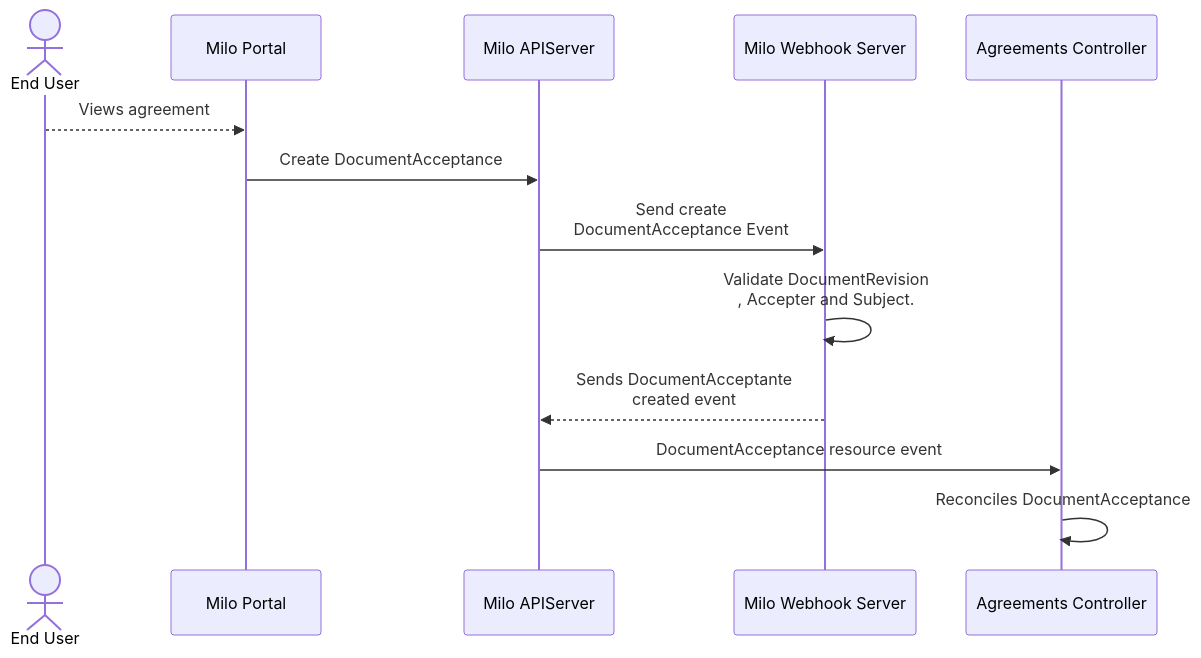
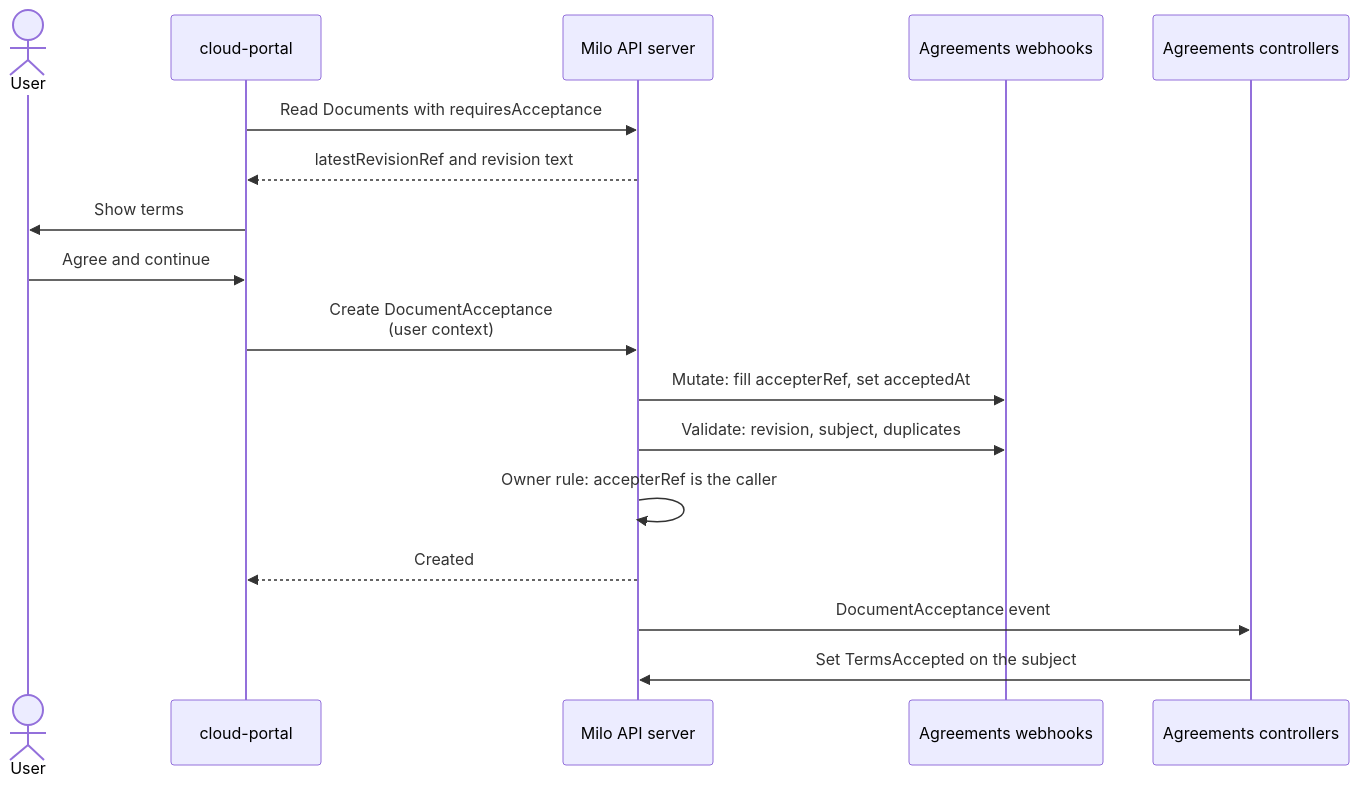
The second of 2 diagrams in enhancements/platform/agreement/README.md (datum-cloud/enhancements), drawn with Mermaid before and after one commit. The commit also changed other lines of this file, not shown here.

First line of the commit message:
docs: Revise the agreements system design

````diff
--- a/enhancements/platform/agreement/README.md
+++ b/enhancements/platform/agreement/README.md
@@ -188,16 +302,20 @@
 ```mermaid
 sequenceDiagram
-    actor user as End User
-    participant portal as Milo Portal
-    participant apiserver as Milo APIServer
-    participant webhook as Milo Webhook Server
-    participant controller as Agreements Controller
+    actor user as User
+    participant portal as cloud-portal
+    participant api as Milo API server
+    participant hooks as Agreements webhooks
+    participant ctrl as Agreements controllers
 
-    user -->> portal: Views agreement
-    portal ->> apiserver: Create DocumentAcceptance
-    apiserver ->> webhook: Send create <br/> DocumentAcceptance Event
-    webhook ->> webhook: Validate DocumentRevision<br/>, Accepter and Subject. 
-    webhook -->> apiserver: Sends DocumentAcceptante <br/> created event
-    apiserver ->> controller: DocumentAcceptance resource event
-    controller ->> controller: Reconciles DocumentAcceptance
+    portal ->> api: Read Documents with requiresAcceptance
+    api -->> portal: latestRevisionRef and revision text
+    portal ->> user: Show terms
+    user ->> portal: Agree and continue
+    portal ->> api: Create DocumentAcceptance<br/>(user context)
+    api ->> hooks: Mutate: fill accepterRef, set acceptedAt
+    api ->> hooks: Validate: revision, subject, duplicates
+    api ->> api: Owner rule: accepterRef is the caller
+    api -->> portal: Created
+    api ->> ctrl: DocumentAcceptance event
+    ctrl ->> api: Set TermsAccepted on the subject
 ```
````
